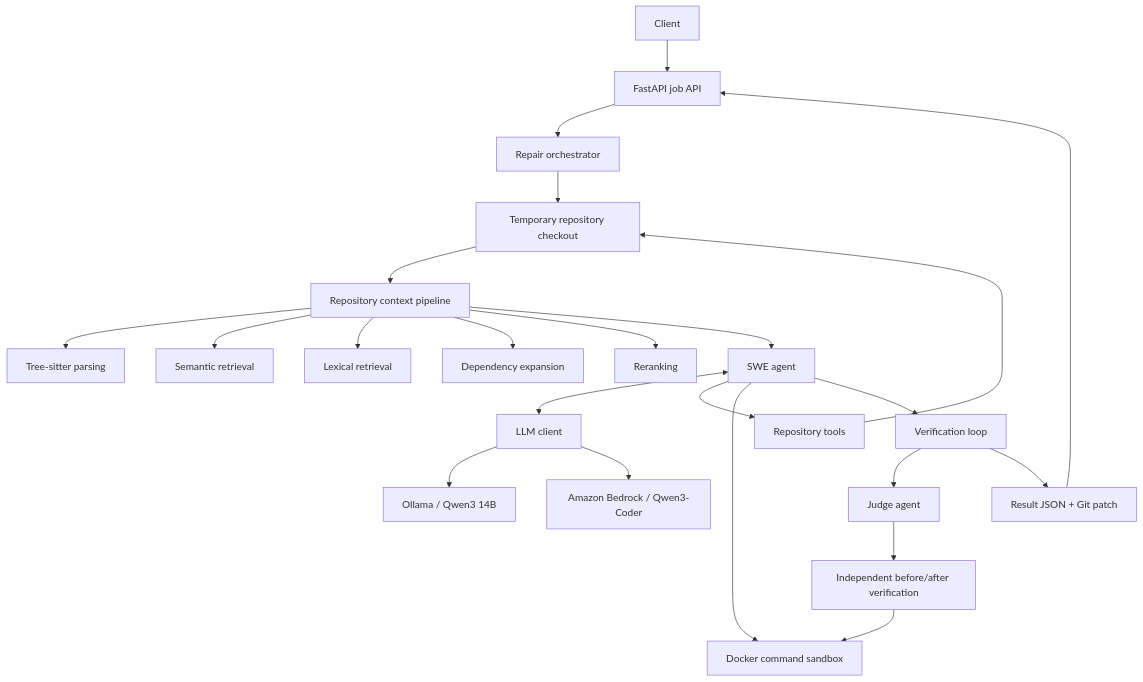
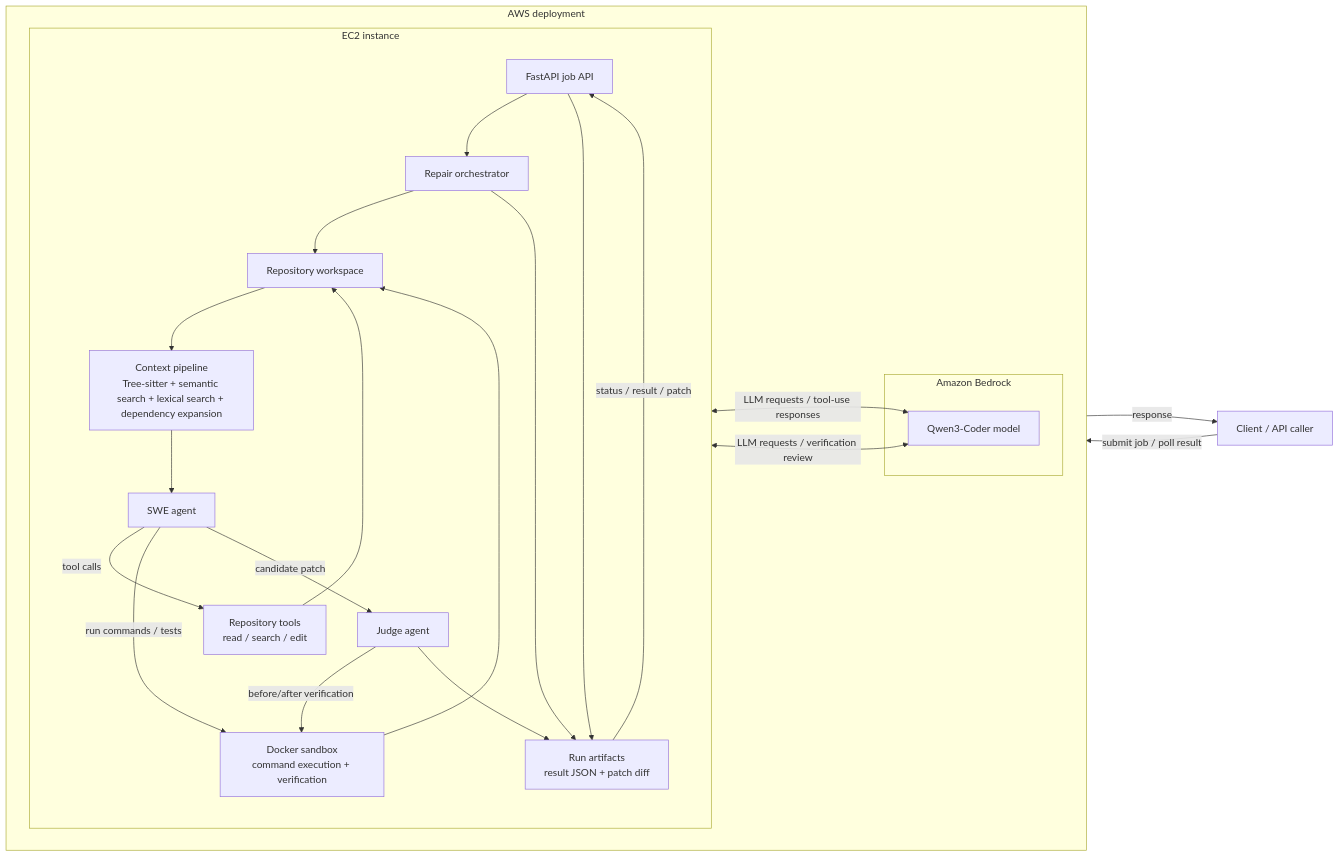
The diagram in README.md (mpopov576/swe_agent), drawn with Mermaid before and after one commit.

````diff
--- a/README.md
+++ b/README.md
@@ -14,31 +14,51 @@
 ```mermaid
-flowchart TD
-    Client[Client] --> API[FastAPI job API]
-    API --> Runner[Repair orchestrator]
+flowchart LR
+    User[Client / API caller]
 
-    Runner --> Repo[Temporary repository checkout]
-    Repo --> Context[Repository context pipeline]
+    subgraph AWS["AWS deployment"]
+        direction LR
 
-    Context --> Parse[Tree-sitter parsing]
-    Context --> Semantic[Semantic retrieval]
-    Context --> Lexical[Lexical retrieval]
-    Context --> Graph[Dependency expansion]
-    Context --> Rerank[Reranking]
+        subgraph EC2["EC2 instance"]
+            direction TB
 
-    Context --> Agent[SWE agent]
-    Agent <--> LLM[LLM client]
-    LLM --> Ollama[Ollama / Qwen3 14B]
-    LLM --> Bedrock[Amazon Bedrock / Qwen3-Coder]
+            API[FastAPI job API]
+            Orch[Repair orchestrator]
+            Repo[Repository workspace]
+            Ctx[Context pipeline<br/>Tree-sitter + semantic search + lexical search + dependency expansion]
+            Agent[SWE agent]
+            Judge[Judge agent]
+            Tools[Repository tools<br/>read / search / edit]
+            Sandbox[Docker sandbox<br/>command execution + verification]
+            Artifacts[Run artifacts<br/>result JSON + patch diff]
+        end
 
-    Agent --> Tools[Repository tools]
+        subgraph Bedrock["Amazon Bedrock"]
+            Model[Qwen3-Coder model]
+        end
+    end
+
+    User -->|submit job / poll result| API
+    API --> Orch
+
+    Orch --> Repo
+    Repo --> Ctx
+    Ctx --> Agent
+
+    Agent -->|tool calls| Tools
     Tools --> Repo
-    Agent --> Docker[Docker command sandbox]
 
-    Agent --> Loop[Verification loop]
-    Loop --> Judge[Judge agent]
-    Judge --> Verify[Independent before/after verification]
-    Verify --> Docker
+    Agent -->|run commands / tests| Sandbox
+    Sandbox --> Repo
 
-    Loop --> Artifacts[Result JSON + Git patch]
-    Artifacts --> API
+    Agent -->|candidate patch| Judge
+    Judge -->|before/after verification| Sandbox
+
+    Agent <--> |LLM requests / tool-use responses| Model
+    Judge <--> |LLM requests / verification review| Model
+
+    Orch --> Artifacts
+    Judge --> Artifacts
+    API --> Artifacts
+    Artifacts -->|status / result / patch| API
+    API -->|response| User
 ```
````
